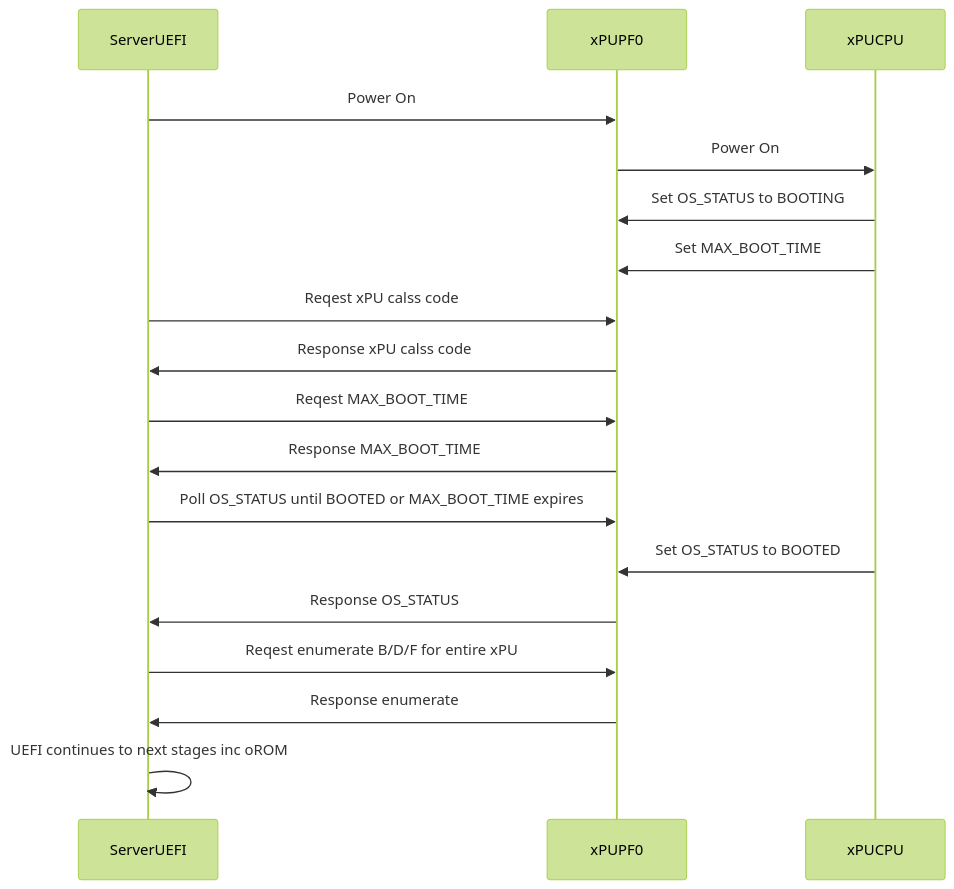
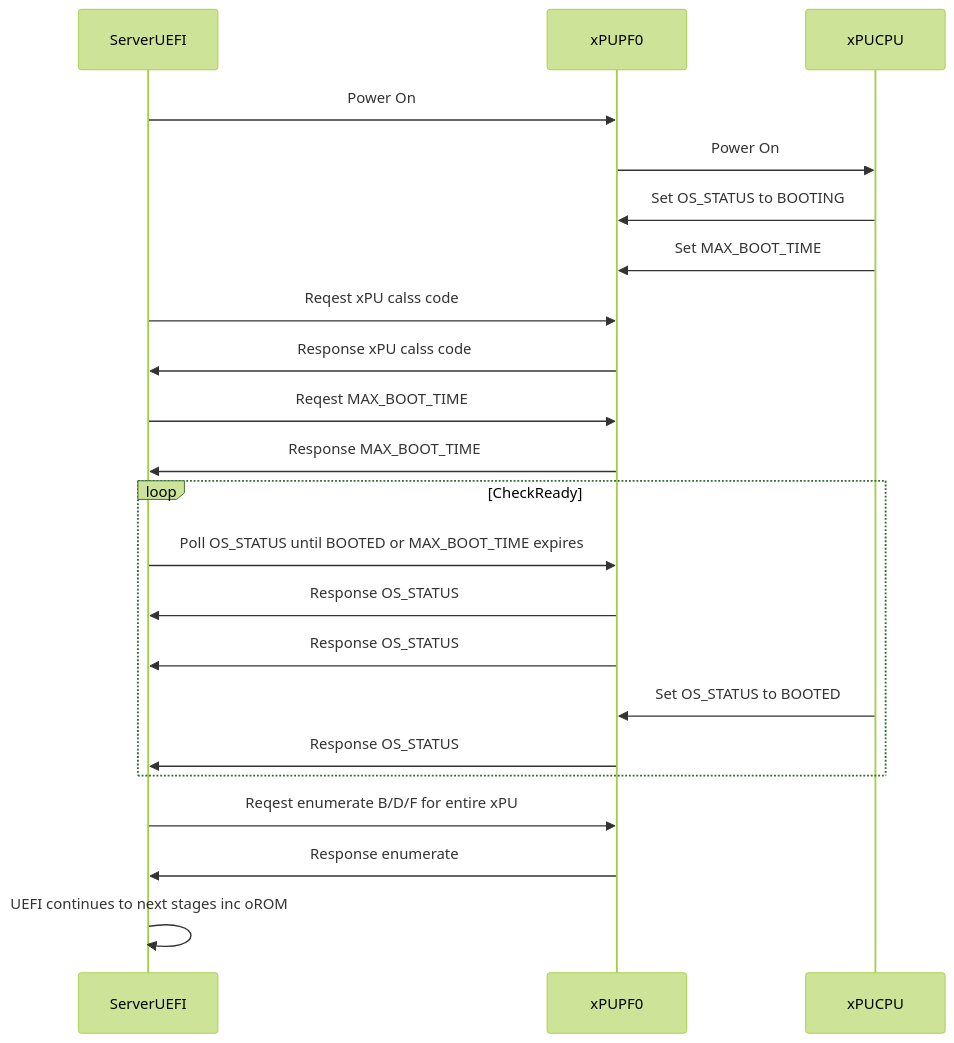
Before and after one commit to opiproject/opi-prov-life: the first of 2 diagrams in COORDINATION.md, drawn with Mermaid (forest theme).

Commit message:
mermaid: add loop construct

````diff
--- a/COORDINATION.md
+++ b/COORDINATION.md
@@ -45,20 +45,24 @@
 ```mermaid
 sequenceDiagram
     participant ServerUEFI
     participant xPUPF0
     participant xPUCPU
     ServerUEFI->>xPUPF0: Power On
     xPUPF0->>xPUCPU: Power On
     xPUCPU->>xPUPF0: Set OS_STATUS to BOOTING
     xPUCPU->>xPUPF0: Set MAX_BOOT_TIME
     ServerUEFI->>xPUPF0: Reqest xPU calss code
     xPUPF0->>ServerUEFI: Response xPU calss code
     ServerUEFI->>xPUPF0: Reqest MAX_BOOT_TIME
     xPUPF0->>ServerUEFI: Response MAX_BOOT_TIME
-    ServerUEFI->>xPUPF0: Poll OS_STATUS until BOOTED or MAX_BOOT_TIME expires
-    xPUCPU->>xPUPF0: Set OS_STATUS to BOOTED
-    xPUPF0->>ServerUEFI: Response OS_STATUS
+    loop CheckReady
+        ServerUEFI->>xPUPF0: Poll OS_STATUS until BOOTED or MAX_BOOT_TIME expires
+       xPUPF0->>ServerUEFI: Response OS_STATUS
+       xPUPF0->>ServerUEFI: Response OS_STATUS
+       xPUCPU->>xPUPF0: Set OS_STATUS to BOOTED
+       xPUPF0->>ServerUEFI: Response OS_STATUS
+    end
     ServerUEFI->>xPUPF0: Reqest enumerate B/D/F for entire xPU
     xPUPF0->>ServerUEFI: Response enumerate
     ServerUEFI->>ServerUEFI: UEFI continues to next stages inc oROM
 ```
````
